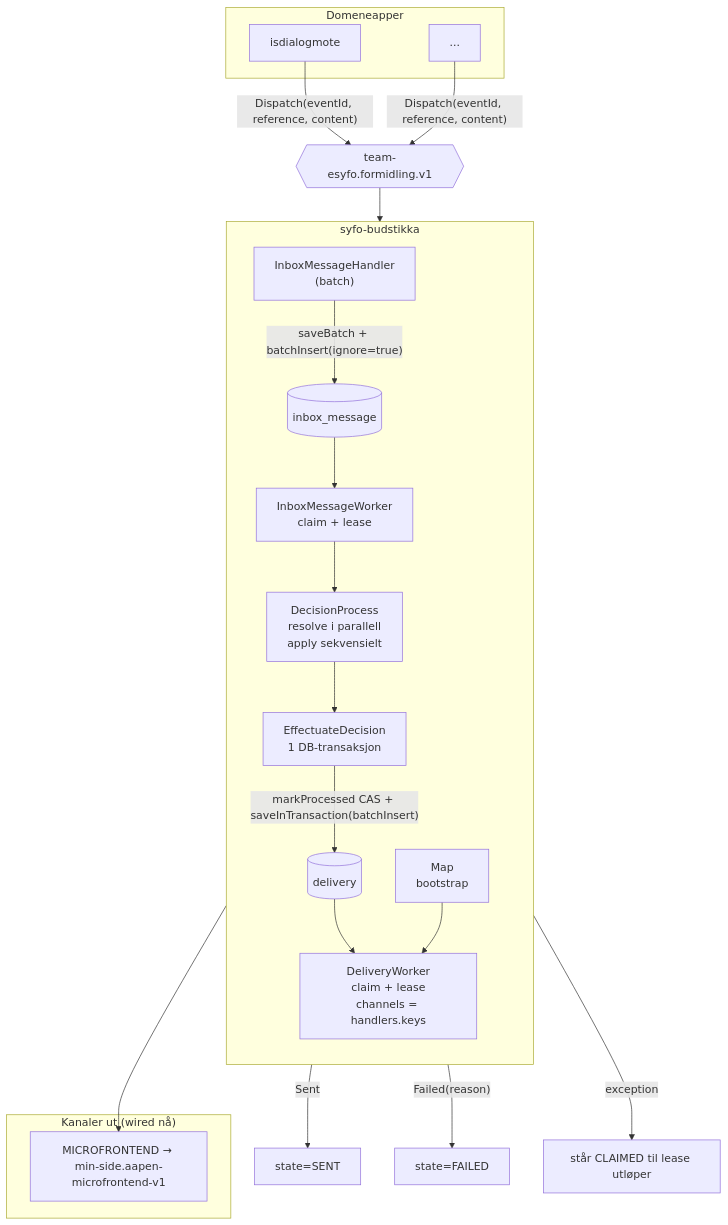
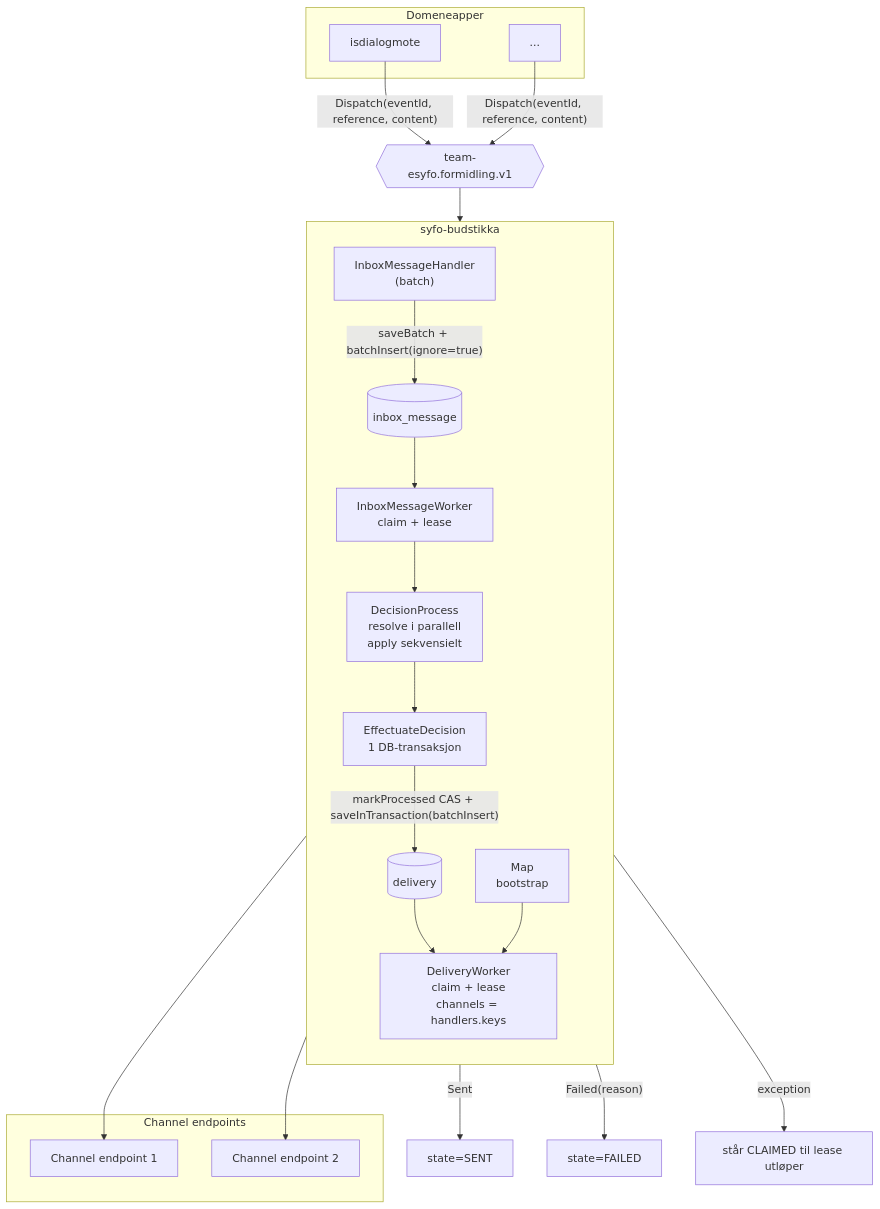
The diagram in docs/flyt.md (navikt/syfo-budstikka), drawn with Mermaid before and after one commit. The commit also changed other lines of this file, not shown here.

Commit message:
doc: improve channel endpoints

````diff
--- a/docs/flyt.md
+++ b/docs/flyt.md
@@ -6,38 +6,40 @@
 ```mermaid
 flowchart TB
     subgraph Producers["Domeneapper"]
         P1["isdialogmote"]
         P2["..."]
     end
 
     P1 & P2 -->|"Dispatch(eventId, reference, content)"| TOPIC{{"team-esyfo.formidling.v1"}}
 
     subgraph Budstikka["syfo-budstikka"]
         direction TB
         CONS["InboxMessageHandler<br/>(batch)"]
         INBOX[("inbox_message")]
         IWORK["InboxMessageWorker<br/>claim + lease"]
         DEC["DecisionProcess<br/>resolve i parallell<br/>apply sekvensielt"]
         EFF["EffectuateDecision<br/>1 DB-transaksjon"]
         OUTBOX[("delivery")]
         DWORK["DeliveryWorker<br/>claim + lease<br/>channels = handlers.keys"]
         MAP["Map<Channel, ChannelHandler><br/>bootstrap"]
     end
 
     TOPIC --> CONS
     CONS -->|"saveBatch + batchInsert(ignore=true)"| INBOX
     INBOX --> IWORK
     IWORK --> DEC --> EFF
     EFF -->|"markProcessed CAS + saveInTransaction(batchInsert)"| OUTBOX
     OUTBOX --> DWORK
     MAP --> DWORK
 
     DWORK -->|"Sent"| SENT["state=SENT"]
     DWORK -->|"Failed(reason)"| FAILED["state=FAILED"]
     DWORK -->|"exception"| RECLAIM["står CLAIMED til lease utløper"]
 
-    subgraph Outbound["Kanaler ut (wired nå)"]
-        MF["MICROFRONTEND → min-side.aapen-microfrontend-v1"]
+    subgraph Outbound["Channel endpoints"]
+        CH1["Channel endpoint 1"]
+        CH2["Channel endpoint 2"]
     end
-    DWORK --> MF
+    DWORK --> CH1
+    DWORK --> CH2
 ```
````
